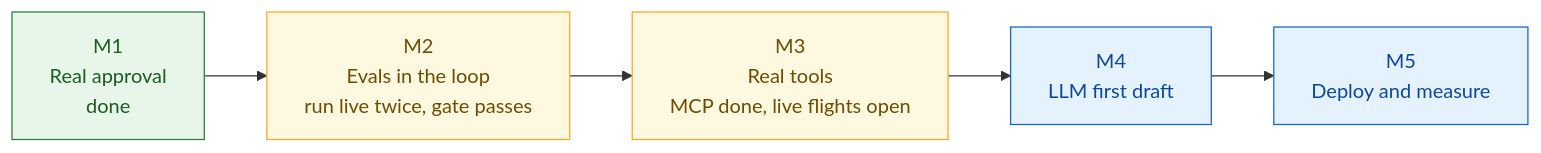
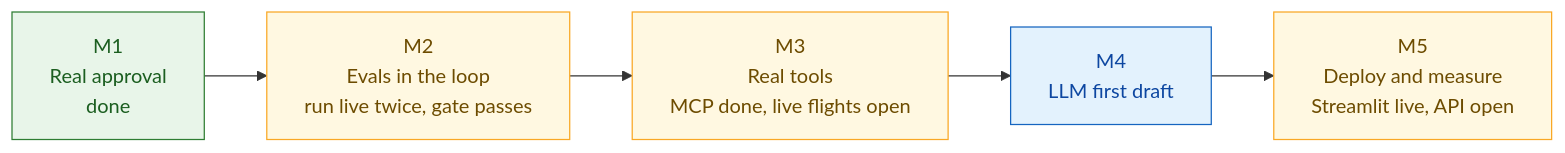
Before and after one commit to Amith-Ganta/Yatra-AI---A-Multi-Agent-Travel-Planner-with-LangGraph: diagram 25 of 26 in README.md, drawn with Mermaid. The commit also changed other lines of this file and 2 other files, not shown here.

First line of the commit message:
Rewrite README with live URL, 26 validated Mermaid diagrams and an evidence ladder

````diff
--- a/README.md
+++ b/README.md
@@ -437,14 +1192,14 @@
 ```mermaid
 flowchart LR
     M1["M1<br/>Real approval<br/>done"] --> M2["M2<br/>Evals in the loop<br/>run live twice, gate passes"]
     M2 --> M3["M3<br/>Real tools<br/>MCP done, live flights open"]
     M3 --> M4["M4<br/>LLM first draft"]
-    M4 --> M5["M5<br/>Deploy and measure"]
+    M4 --> M5["M5<br/>Deploy and measure<br/>Streamlit live, API open"]
 
     classDef done fill:#e8f5e9,stroke:#2e7d32,color:#1b5e20;
     classDef part fill:#fff8e1,stroke:#f9a825,color:#6d4c00;
     classDef next fill:#e3f2fd,stroke:#1565c0,color:#0d47a1;
     class M1 done;
-    class M2,M3 part;
-    class M4,M5 next;
+    class M2,M3,M5 part;
+    class M4 next;
 ```
````
